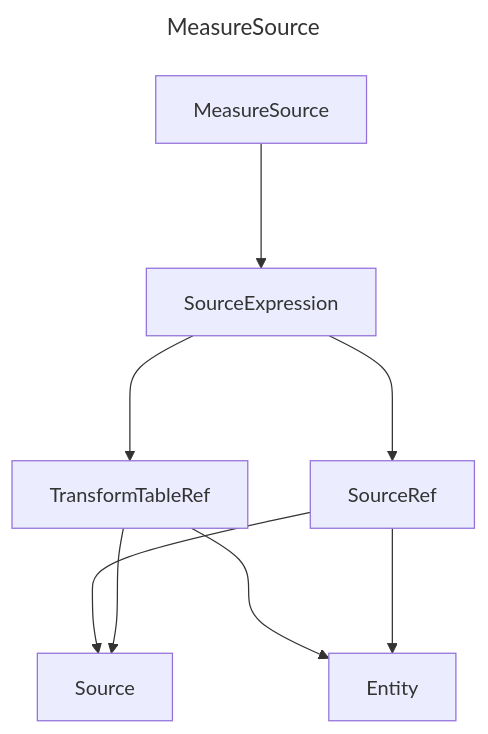
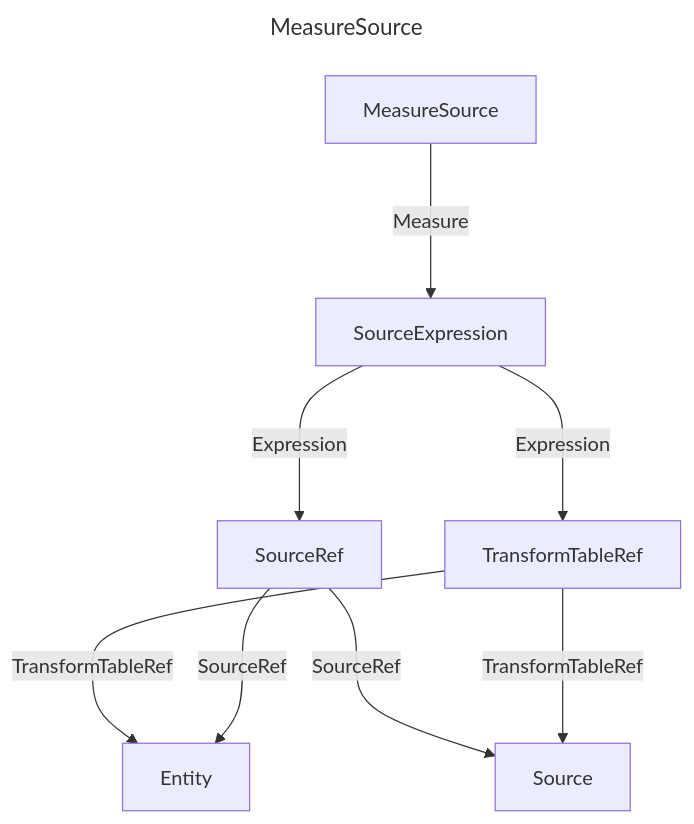
The diagram in docs/docs/layout/erd/MeasureSource.md (douglassimonsen/pbi_core), drawn with Mermaid before and after one commit. The commit also changed 77 other files, not shown here.

Commit message:
Updated to color code the layout ERD

````diff
--- a/docs/docs/layout/erd/MeasureSource.md
+++ b/docs/docs/layout/erd/MeasureSource.md
@@ -1,19 +1,19 @@
 ```mermaid
 ---
 title: MeasureSource
 ---
 graph 
-2721642009152["MeasureSource"]
-2721641999392["TransformTableRef"]
-2721642000368["SourceRef"]
-2721641985728["Entity"]
-2721641984752["SourceExpression"]
-2721641982800["Source"]
-2721641984752 ---> 2721642000368
-2721641984752 ---> 2721641999392
-2721641999392 ---> 2721641985728
-2721642000368 ---> 2721641982800
-2721641999392 ---> 2721641982800
-2721642000368 ---> 2721641985728
-2721642009152 ---> 2721641984752
+2430071339472["SourceExpression"]
+2430071355088["SourceRef"]
+2430071344352["Source"]
+2430071338496["TransformTableRef"]
+2430071353136["Entity"]
+2430071359968["MeasureSource"]
+2430071339472 --->|Expression| 2430071338496
+2430071338496 --->|TransformTableRef| 2430071353136
+2430071355088 --->|SourceRef| 2430071344352
+2430071339472 --->|Expression| 2430071355088
+2430071338496 --->|TransformTableRef| 2430071344352
+2430071359968 --->|Measure| 2430071339472
+2430071355088 --->|SourceRef| 2430071353136
 ```
````
